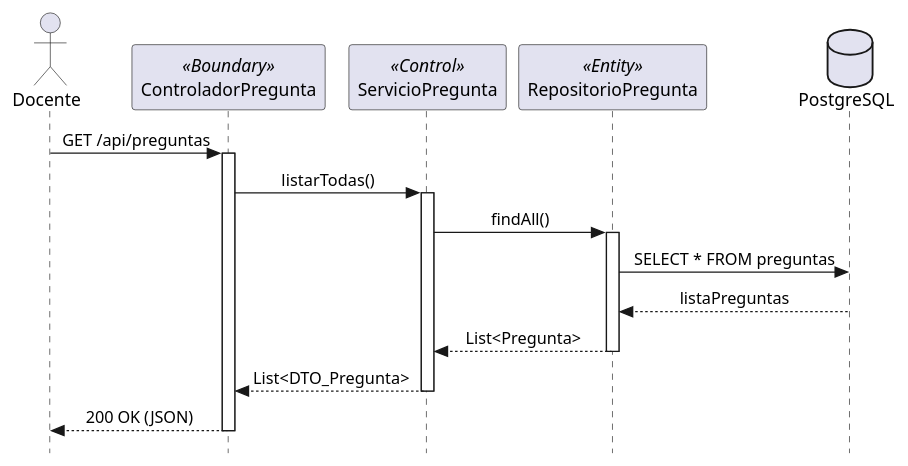
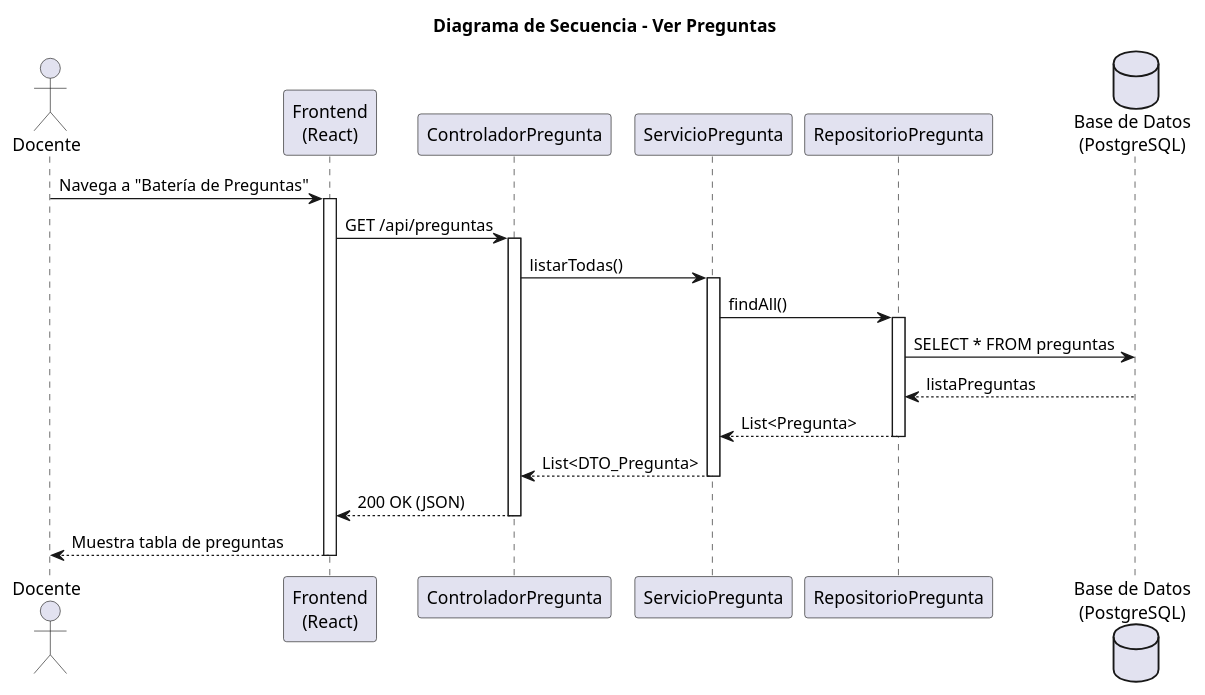
Before and after one commit to liamanderson873/25-26-idsw2-sdVC: the diagram in RUP/02-diseno/casos-uso/CU-20-verPreguntas/diseno-secuencia-CU-20-verPreguntas.puml, drawn with PlantUML. The commit also changed 133 other files, not shown here.

First line of the commit message:
RUP: completar diagramas de análisis y diseño para los 41 casos de uso

```diff
--- a/RUP/02-diseno/casos-uso/CU-20-verPreguntas/diseno-secuencia-CU-20-verPreguntas.puml
+++ b/RUP/02-diseno/casos-uso/CU-20-verPreguntas/diseno-secuencia-CU-20-verPreguntas.puml
@@ -1,30 +1,36 @@
-@startuml secuencia-cu20-ver-pregunta
-skinparam style strictuml
-skinparam sequenceMessageAlign center
+@startuml secuencia-cu20-ver-preguntas
+title Diagrama de Secuencia - Ver Preguntas
 
-actor Docente
-participant "ControladorPregunta" as Boundary <<Boundary>>
-participant "ServicioPregunta" as Control <<Control>>
-participant "RepositorioPregunta" as RepoPregunta <<Entity>>
-database "PostgreSQL" as DB
+actor "Docente" as Actor
+participant "Frontend\n(React)" as FE
+participant "ControladorPregunta" as Controller
+participant "ServicioPregunta" as Service
+participant "RepositorioPregunta" as RepoPreg
+database "Base de Datos\n(PostgreSQL)" as DB
 
-Docente -> Boundary : GET /api/preguntas
-activate Boundary
+Actor -> FE : Navega a "Batería de Preguntas"
+activate FE
 
-Boundary -> Control : listarTodas()
-activate Control
+FE -> Controller : GET /api/preguntas
+activate Controller
 
-Control -> RepoPregunta : findAll()
-activate RepoPregunta
-RepoPregunta -> DB : SELECT * FROM preguntas
-DB --> RepoPregunta : listaPreguntas
-RepoPregunta --> Control : List<Pregunta>
-deactivate RepoPregunta
+Controller -> Service : listarTodas()
+activate Service
 
-Control --> Boundary : List<DTO_Pregunta>
-deactivate Control
+Service -> RepoPreg : findAll()
+activate RepoPreg
+RepoPreg -> DB : SELECT * FROM preguntas
+DB --> RepoPreg : listaPreguntas
+RepoPreg --> Service : List<Pregunta>
+deactivate RepoPreg
 
-Boundary --> Docente : 200 OK (JSON)
-deactivate Boundary
+Service --> Controller : List<DTO_Pregunta>
+deactivate Service
+
+Controller --> FE : 200 OK (JSON)
+deactivate Controller
+
+FE --> Actor : Muestra tabla de preguntas
+deactivate FE
 
 @enduml
```
